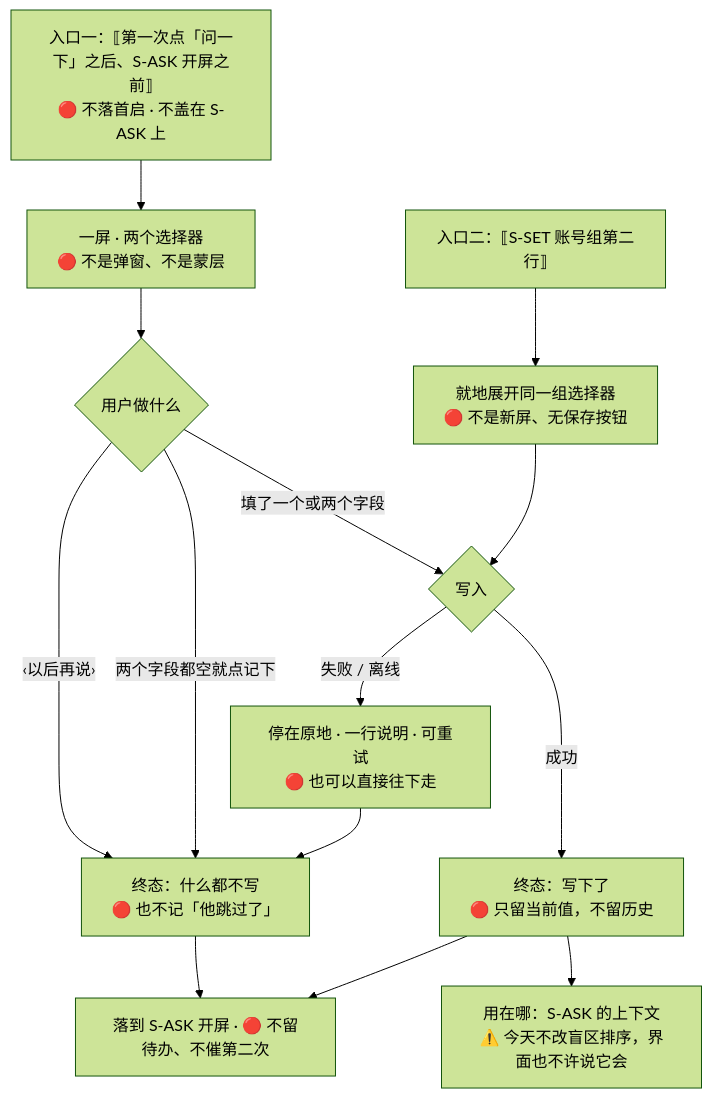
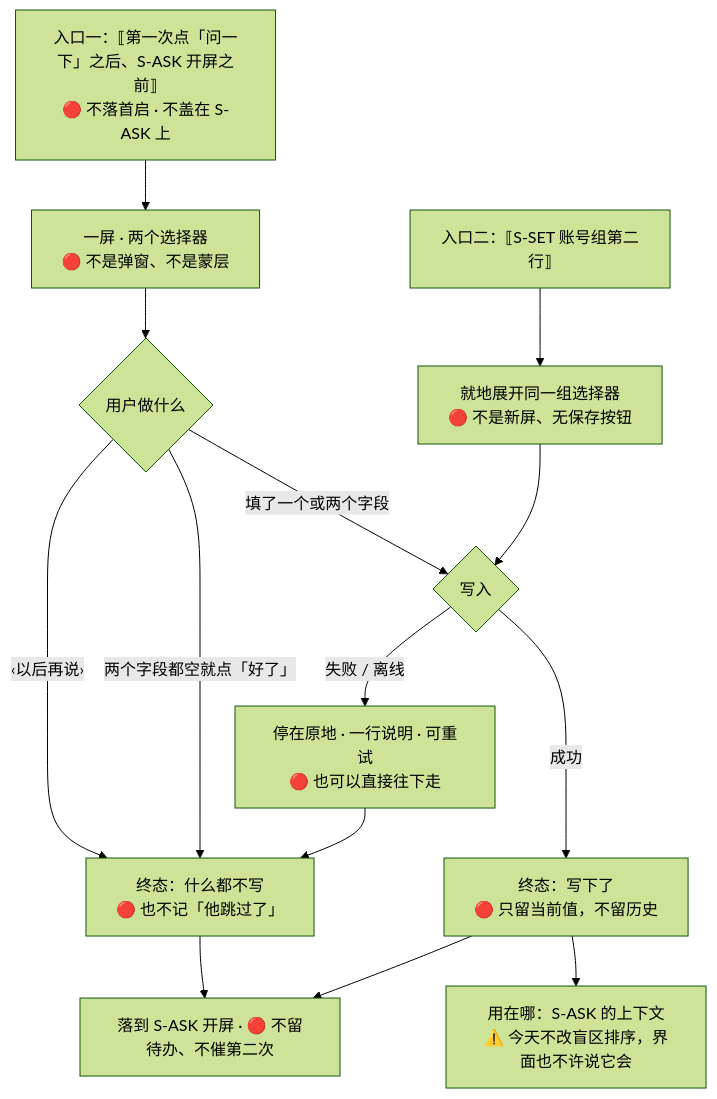
Before and after one commit to chenyuanjin/kubic: the diagram in docs/product/modules/M3-盲区与覆盖度/U3.8-我要考的那一场.md, drawn with Mermaid (forest theme). The commit also changed other lines of this file and 2 other files, not shown here.

First line of the commit message:
KUBI-76 闭 M3-G11 / M3-G12:发图那一句并成一句、档案屏主按钮改「好了」

````diff
--- a/docs/product/modules/M3-盲区与覆盖度/U3.8-我要考的那一场.md
+++ b/docs/product/modules/M3-盲区与覆盖度/U3.8-我要考的那一场.md
@@ -259,16 +261,16 @@
 ```mermaid
 flowchart TD
     E["入口一：⟦第一次点「问一下」之后、S-ASK 开屏之前⟧<br/>🔴 不落首启 · 不盖在 S-ASK 上"] --> P["一屏 · 两个选择器<br/>🔴 不是弹窗、不是蒙层"]
     P --> C{"用户做什么"}
     C -->|"‹以后再说›"| SK["终态：什么都不写<br/>🔴 也不记「他跳过了」"]
-    C -->|"两个字段都空就点记下"| SK
+    C -->|"两个字段都空就点「好了」"| SK
     C -->|"填了一个或两个字段"| W{"写入"}
     W -->|"成功"| OK["终态：写下了<br/>🔴 只留当前值，不留历史"]
     W -->|"失败 / 离线"| Q["停在原地 · 一行说明 · 可重试<br/>🔴 也可以直接往下走"]
     Q --> SK
     SK --> H["落到 S-ASK 开屏 · 🔴 不留待办、不催第二次"]
     OK --> H
     E2["入口二：⟦S-SET 账号组第二行⟧"] --> X["就地展开同一组选择器<br/>🔴 不是新屏、无保存按钮"]
     X --> W
     OK --> U["用在哪：S-ASK 的上下文<br/>⚠️ 今天不改盲区排序，界面也不许说它会"]
 ```
````
